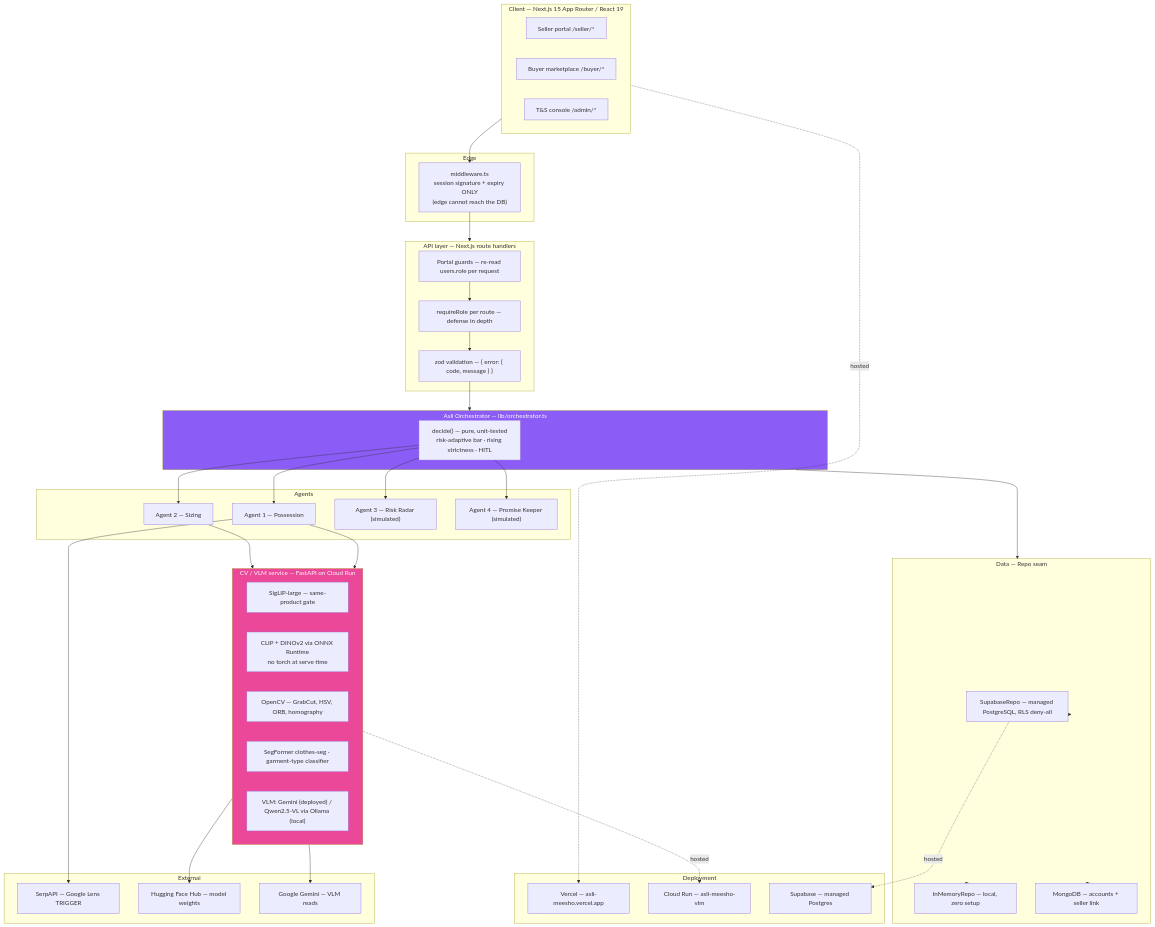
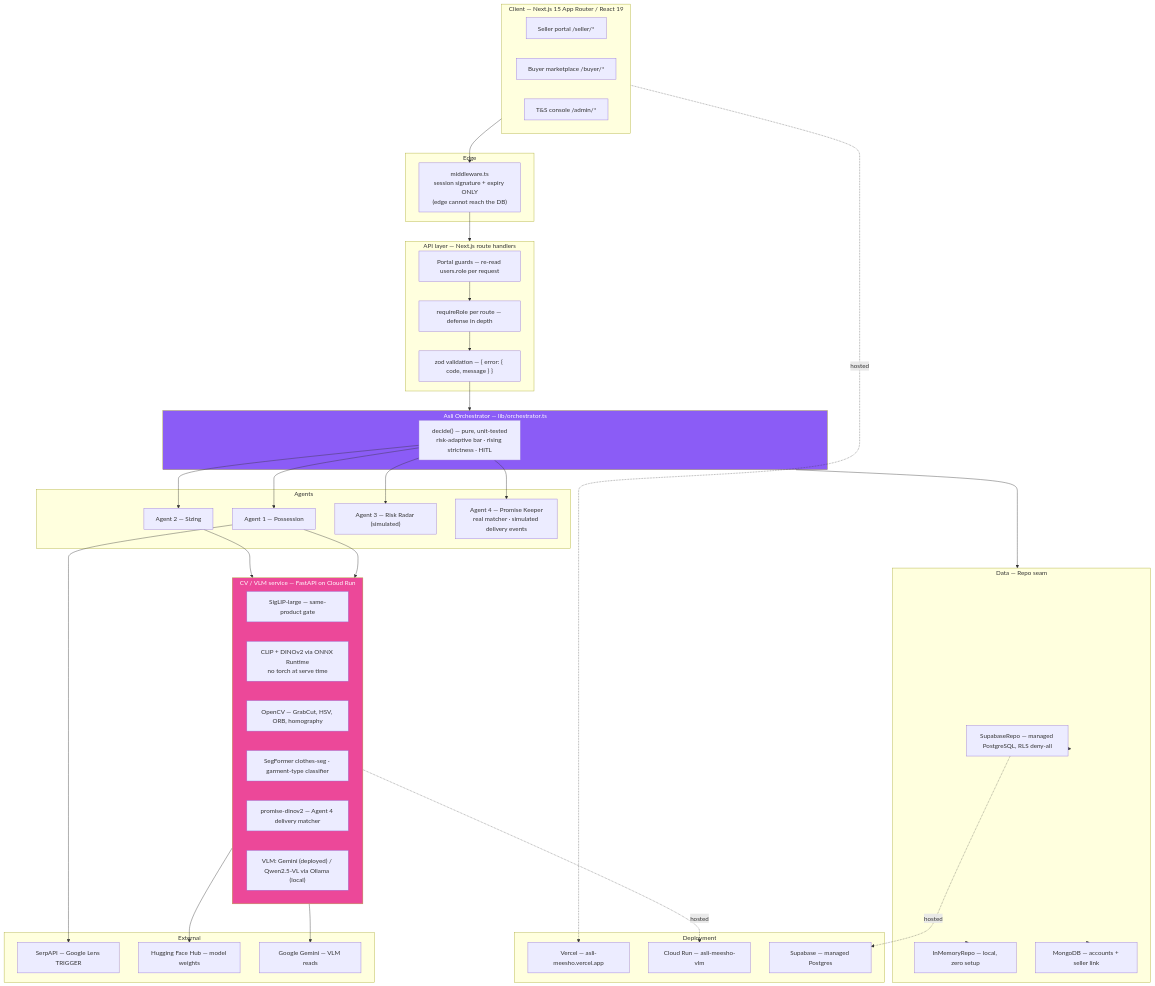
One commit to sreyadattagupta/asli_meesho changed the third of 5 diagrams in README.md. Above: the diagram before and after it, drawn with Mermaid. The commit also changed other lines of this file, not shown here.

````diff
--- a/README.md
+++ b/README.md
@@ -330,60 +368,61 @@
 ```mermaid
 flowchart TB
     subgraph CLIENT["Client — Next.js 15 App Router / React 19"]
         S["Seller portal /seller/*"]
         B["Buyer marketplace /buyer/*"]
         A["T&S console /admin/*"]
     end
     subgraph EDGE["Edge"]
         MW["middleware.ts<br/>session signature + expiry ONLY<br/>(edge cannot reach the DB)"]
     end
     subgraph API["API layer — Next.js route handlers"]
         G1["Portal guards — re-read users.role per request"]
         G2["requireRole per route — defense in depth"]
         Z["zod validation — { error: { code, message } }"]
     end
     subgraph ORCH["Asli Orchestrator — lib/orchestrator.ts"]
         D["decide() — pure, unit-tested<br/>risk-adaptive bar · rising strictness · HITL"]
     end
     subgraph AGENTS["Agents"]
         A1["Agent 1 — Possession"]
         A2["Agent 2 — Sizing"]
         A3["Agent 3 — Risk Radar (simulated)"]
-        A4["Agent 4 — Promise Keeper (simulated)"]
+        A4["Agent 4 — Promise Keeper<br/>real matcher · simulated delivery events"]
     end
     subgraph CV["CV / VLM service — FastAPI on Cloud Run"]
         M1["SigLIP-large — same-product gate"]
         M2["CLIP + DINOv2 via ONNX Runtime<br/>no torch at serve time"]
         M3["OpenCV — GrabCut, HSV, ORB, homography"]
         M4["SegFormer clothes-seg · garment-type classifier"]
+        M6["promise-dinov2 — Agent 4 delivery matcher"]
         M5["VLM: Gemini (deployed) / Qwen2.5-VL via Ollama (local)"]
     end
     subgraph DATA["Data — Repo seam"]
         DB1["SupabaseRepo — managed PostgreSQL, RLS deny-all"]
         DB2["InMemoryRepo — local, zero setup"]
         DB3["MongoDB — accounts + seller link"]
     end
     subgraph EXT["External"]
         X1["SerpAPI — Google Lens TRIGGER"]
         X2["Hugging Face Hub — model weights"]
         X3["Google Gemini — VLM reads"]
     end
     subgraph DEPLOY["Deployment"]
         P1["Vercel — asli-meesho.vercel.app"]
         P2["Cloud Run — asli-meesho-vlm"]
         P3["Supabase — managed Postgres"]
     end
     CLIENT --> MW --> API
     G1 --> G2 --> Z --> ORCH
     D --> A1 & A2 & A3 & A4
     A1 & A2 --> CV
     CV --> X2 & X3
     A1 --> X1
     ORCH --> DATA
     DATA --> DB1 & DB2 & DB3
     CLIENT -.hosted.-> P1
     CV -.hosted.-> P2
     DB1 -.hosted.-> P3
     style ORCH fill:#8B5CF6,color:#fff
     style CV fill:#EC4899,color:#fff
 ```
````
